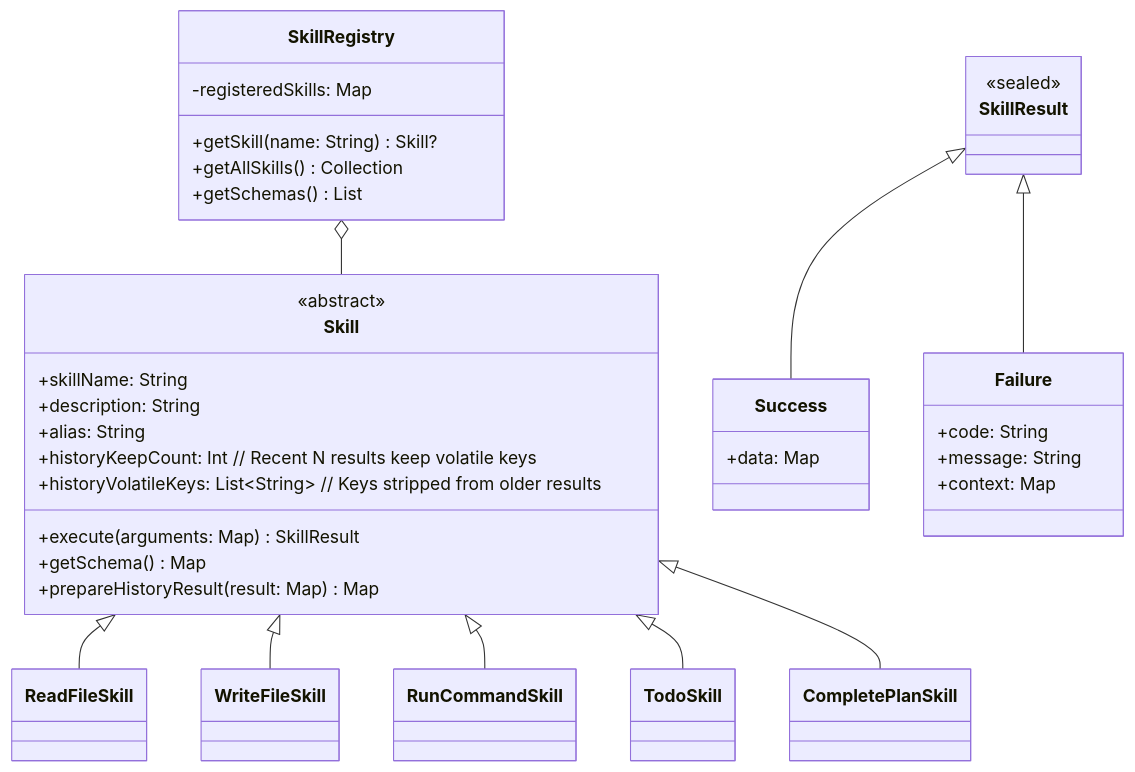
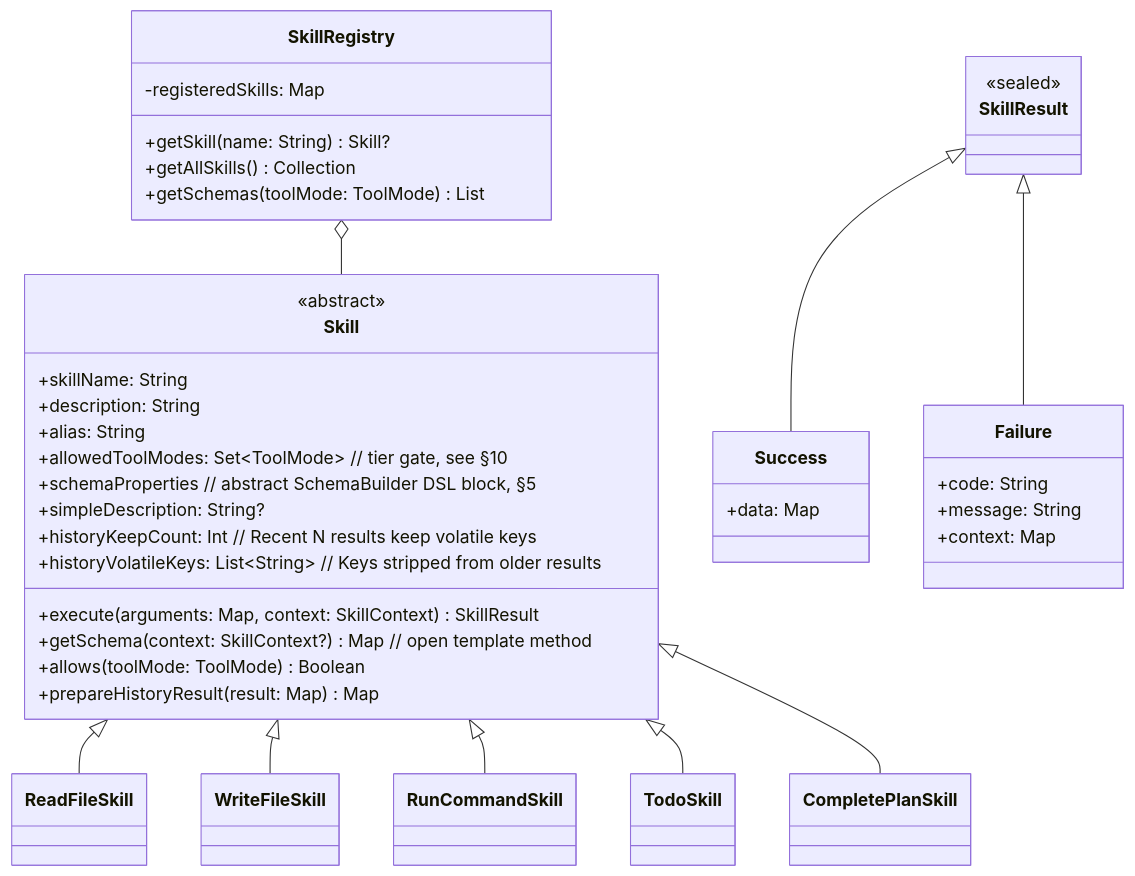
One commit to lg841226/Gradum changed the second of 4 diagrams in docs/PLUGIN_DEVELOPMENT.md. Above: the diagram before and after it, drawn with Mermaid. The commit also changed other lines of this file and 1 other file, not shown here.

Commit message:
docs: sync the plugin guide with the workspace editor, DSL, and AskScope

````diff
--- a/docs/PLUGIN_DEVELOPMENT.md
+++ b/docs/PLUGIN_DEVELOPMENT.md
@@ -98,50 +127,54 @@
 ```mermaid
 classDiagram
     class Skill {
         <<abstract>>
         +skillName: String
         +description: String
         +alias: String
-        +execute(arguments: Map) SkillResult
-        +getSchema() Map
+        +allowedToolModes: Set~ToolMode~ // tier gate, see §10
+        +schemaProperties // abstract SchemaBuilder DSL block, §5
+        +simpleDescription: String?
+        +execute(arguments: Map, context: SkillContext) SkillResult
+        +getSchema(context: SkillContext?) Map // open template method
+        +allows(toolMode: ToolMode) Boolean
         +historyKeepCount: Int // Recent N results keep volatile keys
         +historyVolatileKeys: List~String~ // Keys stripped from older results
         +prepareHistoryResult(result: Map) Map
     }
 
     class SkillResult {
         <<sealed>>
     }
 
     class Success {
         +data: Map
     }
 
     class Failure {
         +code: String
         +message: String
         +context: Map
     }
 
     class SkillRegistry {
         -registeredSkills: Map
         +getSkill(name: String) Skill?
         +getAllSkills() Collection
-        +getSchemas() List
+        +getSchemas(toolMode: ToolMode) List
     }
 
     class ReadFileSkill
     class WriteFileSkill
     class RunCommandSkill
     class TodoSkill
     class CompletePlanSkill
 
     SkillResult <|-- Success
     SkillResult <|-- Failure
     Skill <|-- ReadFileSkill
     Skill <|-- WriteFileSkill
     Skill <|-- RunCommandSkill
     Skill <|-- TodoSkill
     Skill <|-- CompletePlanSkill
     SkillRegistry o-- Skill
 ```
````
